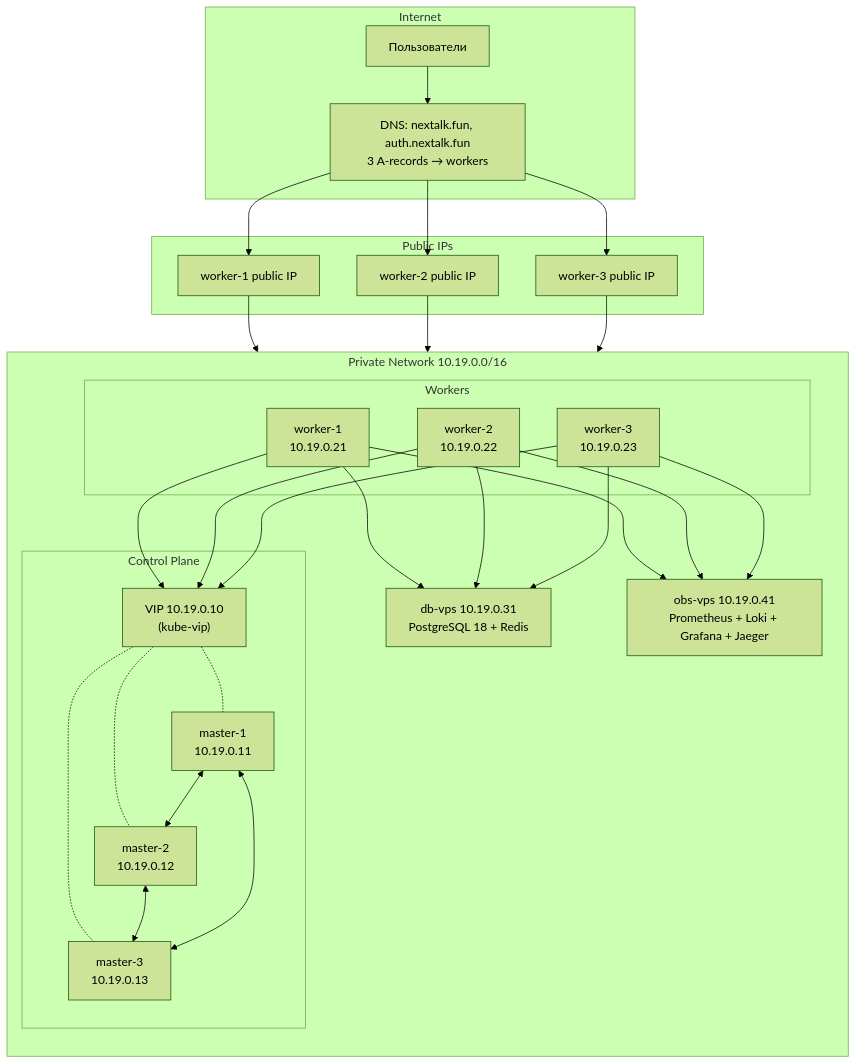
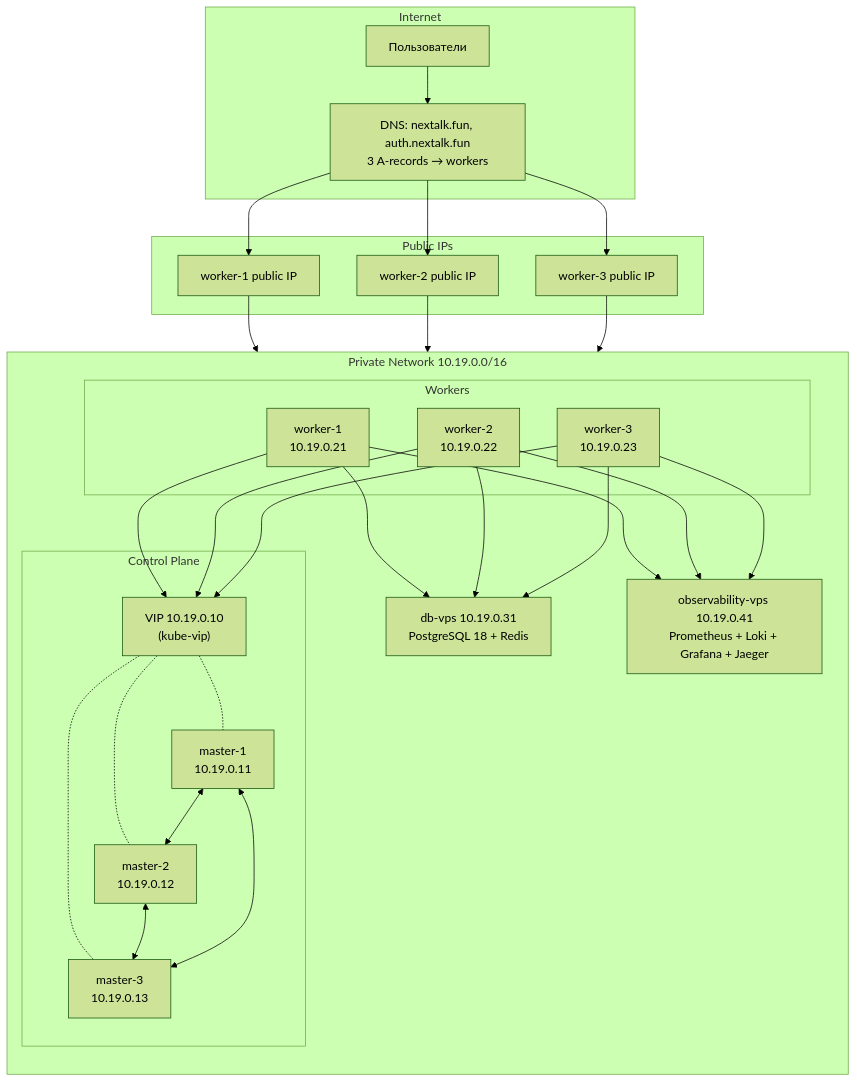
The diagram in docs/deployment.md (nextalkhub/NexTalk), drawn with Mermaid (forest theme) before and after one commit. The commit also changed other lines of this file and 15 other files, not shown here.

````diff
--- a/docs/deployment.md
+++ b/docs/deployment.md
@@ -59,57 +59,57 @@
 ```mermaid
 graph TB
     subgraph "Internet"
         U[Пользователи]
         DNS["DNS: nextalk.fun, auth.nextalk.fun<br/>3 A-records → workers"]
     end
 
     subgraph "Public IPs"
         W1Pub["worker-1 public IP"]
         W2Pub["worker-2 public IP"]
         W3Pub["worker-3 public IP"]
     end
 
     subgraph "Private Network 10.19.0.0/16"
         direction TB
 
         subgraph "Control Plane"
             VIP["VIP 10.19.0.10<br/>(kube-vip)"]
             M1["master-1<br/>10.19.0.11"]
             M2["master-2<br/>10.19.0.12"]
             M3["master-3<br/>10.19.0.13"]
             VIP -.- M1
             VIP -.- M2
             VIP -.- M3
             M1 <--> M2
             M2 <--> M3
             M1 <--> M3
         end
 
         subgraph "Workers"
             W1["worker-1<br/>10.19.0.21"]
             W2["worker-2<br/>10.19.0.22"]
             W3["worker-3<br/>10.19.0.23"]
         end
 
         DB["db-vps 10.19.0.31<br/>PostgreSQL 18 + Redis"]
-        OBS["obs-vps 10.19.0.41<br/>Prometheus + Loki + Grafana + Jaeger"]
+        OBS["observability-vps 10.19.0.41<br/>Prometheus + Loki + Grafana + Jaeger"]
 
         W1 --> VIP
         W2 --> VIP
         W3 --> VIP
         W1 --> DB
         W2 --> DB
         W3 --> DB
         W1 --> OBS
         W2 --> OBS
         W3 --> OBS
     end
 
     U --> DNS
     DNS --> W1Pub
     DNS --> W2Pub
     DNS --> W3Pub
     W1Pub --> W1
     W2Pub --> W2
     W3Pub --> W3
 ```
````
